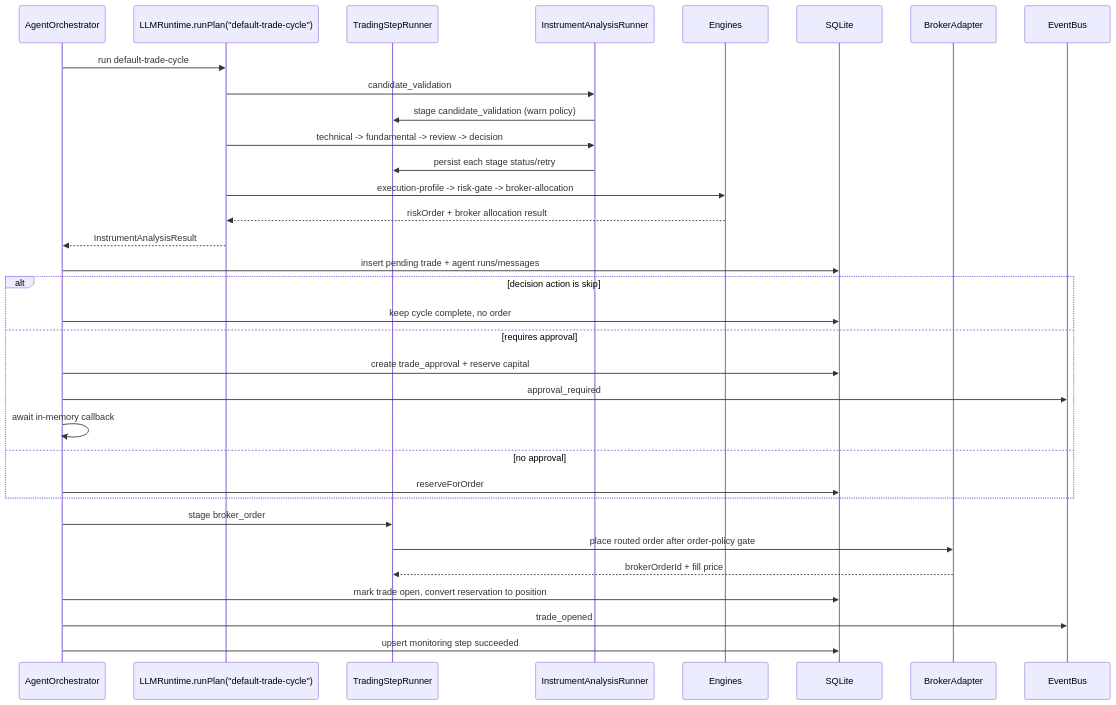
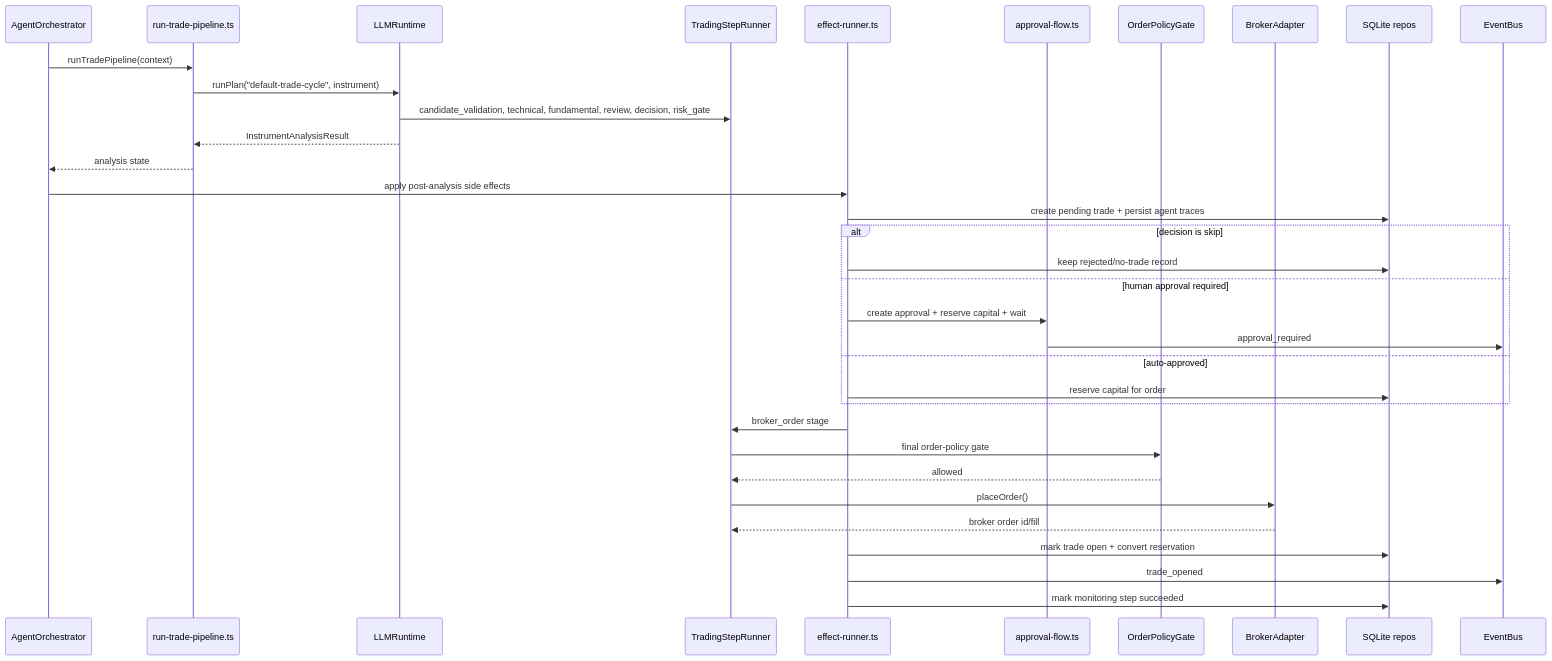
One commit to KennethAtchon/Exva changed the seventh of 14 diagrams in docs/architecture/ai-runtime.md. Above: the diagram before and after it, drawn with Mermaid. The commit also changed other lines of this file and 11 other files, not shown here.

````diff
--- a/docs/architecture/ai-runtime.md
+++ b/docs/architecture/ai-runtime.md
@@ -313,36 +275,37 @@
 ```mermaid
 sequenceDiagram
-    participant AO as AgentOrchestrator
-    participant AI as LLMRuntime.runPlan("default-trade-cycle")
-    participant ESR as TradingStepRunner
-    participant Plan as InstrumentAnalysisRunner
-    participant Gate as Engines
-    participant DB as SQLite
+    participant Orch as AgentOrchestrator
+    participant Pipeline as run-trade-pipeline.ts
+    participant AI as LLMRuntime
+    participant Step as TradingStepRunner
+    participant Effects as effect-runner.ts
+    participant Approval as approval-flow.ts
+    participant Policy as OrderPolicyGate
     participant Broker as BrokerAdapter
-    participant EB as EventBus
+    participant DB as SQLite repos
+    participant Bus as EventBus
 
-    AO->>AI: run default-trade-cycle
-    AI->>Plan: candidate_validation
-    Plan->>ESR: stage candidate_validation (warn policy)
-    AI->>Plan: technical -> fundamental -> review -> decision
-    Plan->>ESR: persist each stage status/retry
-    AI->>Gate: execution-profile -> risk-gate -> broker-allocation
-    Gate-->>AI: riskOrder + broker allocation result
-    AI-->>AO: InstrumentAnalysisResult
-    AO->>DB: insert pending trade + agent runs/messages
-    alt decision action is skip
-        AO->>DB: keep cycle complete, no order
-    else requires approval
-        AO->>DB: create trade_approval + reserve capital
-        AO->>EB: approval_required
-        AO->>AO: await in-memory callback
-    else no approval
-        AO->>DB: reserveForOrder
+    Orch->>Pipeline: runTradePipeline(context)
+    Pipeline->>AI: runPlan("default-trade-cycle", instrument)
+    AI->>Step: candidate_validation, technical, fundamental, review, decision, risk_gate
+    AI-->>Pipeline: InstrumentAnalysisResult
+    Pipeline-->>Orch: analysis state
+    Orch->>Effects: apply post-analysis side effects
+    Effects->>DB: create pending trade + persist agent traces
+    alt decision is skip
+        Effects->>DB: keep rejected/no-trade record
+    else human approval required
+        Effects->>Approval: create approval + reserve capital + wait
+        Approval->>Bus: approval_required
+    else auto-approved
+        Effects->>DB: reserve capital for order
     end
-    AO->>ESR: stage broker_order
-    ESR->>Broker: place routed order after order-policy gate
-    Broker-->>ESR: brokerOrderId + fill price
-    AO->>DB: mark trade open, convert reservation to position
-    AO->>EB: trade_opened
-    AO->>DB: upsert monitoring step succeeded
+    Effects->>Step: broker_order stage
+    Step->>Policy: final order-policy gate
+    Policy-->>Step: allowed
+    Step->>Broker: placeOrder()
+    Broker-->>Step: broker order id/fill
+    Effects->>DB: mark trade open + convert reservation
+    Effects->>Bus: trade_opened
+    Effects->>DB: mark monitoring step succeeded
 ```
````
